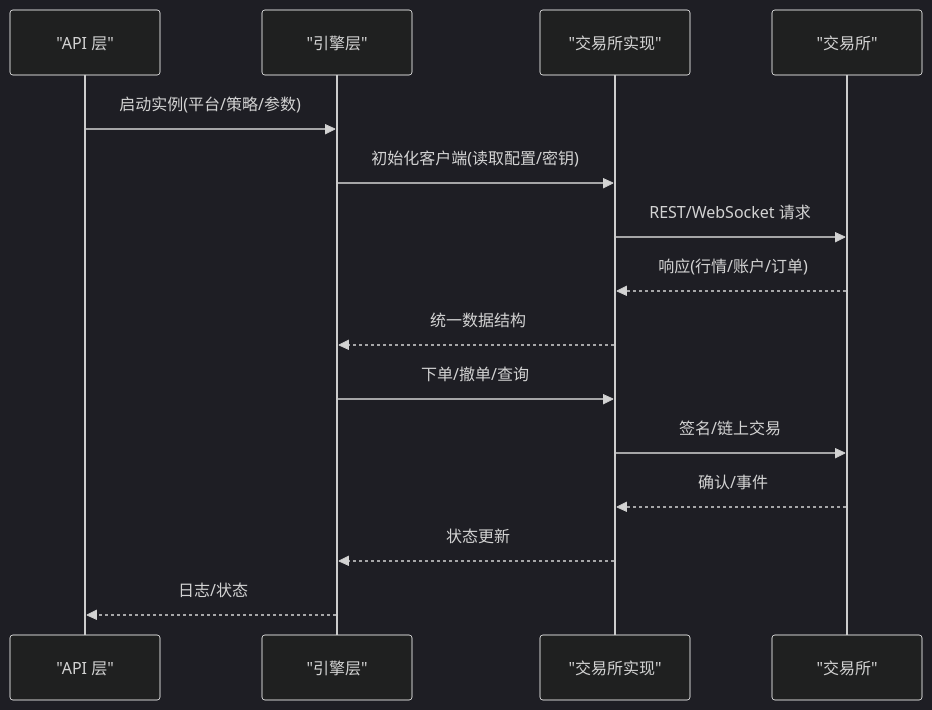
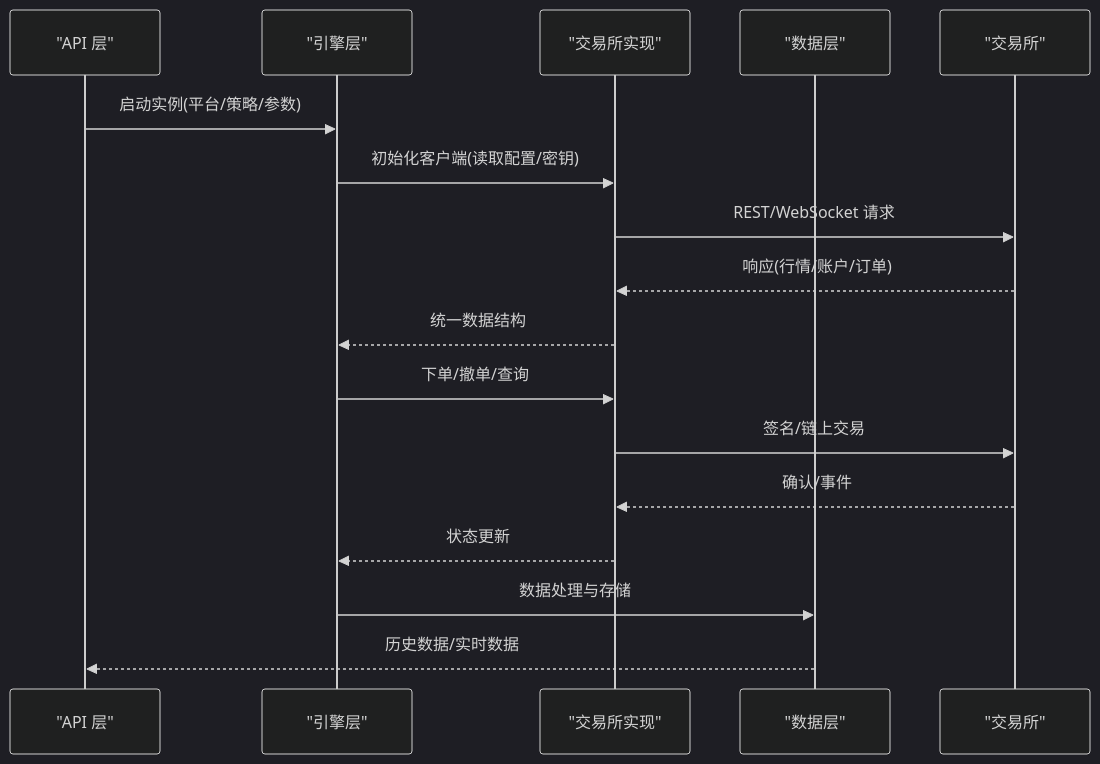
One commit to zyf266/ending changed the second of 9 diagrams in .qoder/repowiki/zh/content/交易所集成/交易所集成.md. Above: the diagram before and after it, drawn with Mermaid (dark theme). The commit also changed other lines of this file and 40 other files, not shown here.

````diff
--- a/.qoder/repowiki/zh/content/交易所集成/交易所集成.md
+++ b/.qoder/repowiki/zh/content/交易所集成/交易所集成.md
@@ -122,17 +163,19 @@
 ```mermaid
 sequenceDiagram
 participant API as "API 层"
 participant Engine as "引擎层"
 participant Impl as "交易所实现"
+participant Data as "数据层"
 participant Ex as "交易所"
 API->>Engine : 启动实例(平台/策略/参数)
 Engine->>Impl : 初始化客户端(读取配置/密钥)
 Impl->>Ex : REST/WebSocket 请求
 Ex-->>Impl : 响应(行情/账户/订单)
 Impl-->>Engine : 统一数据结构
 Engine->>Impl : 下单/撤单/查询
 Impl->>Ex : 签名/链上交易
 Ex-->>Impl : 确认/事件
 Impl-->>Engine : 状态更新
-Engine-->>API : 日志/状态
+Engine->>Data : 数据处理与存储
+Data-->>API : 历史数据/实时数据
 ```
````
